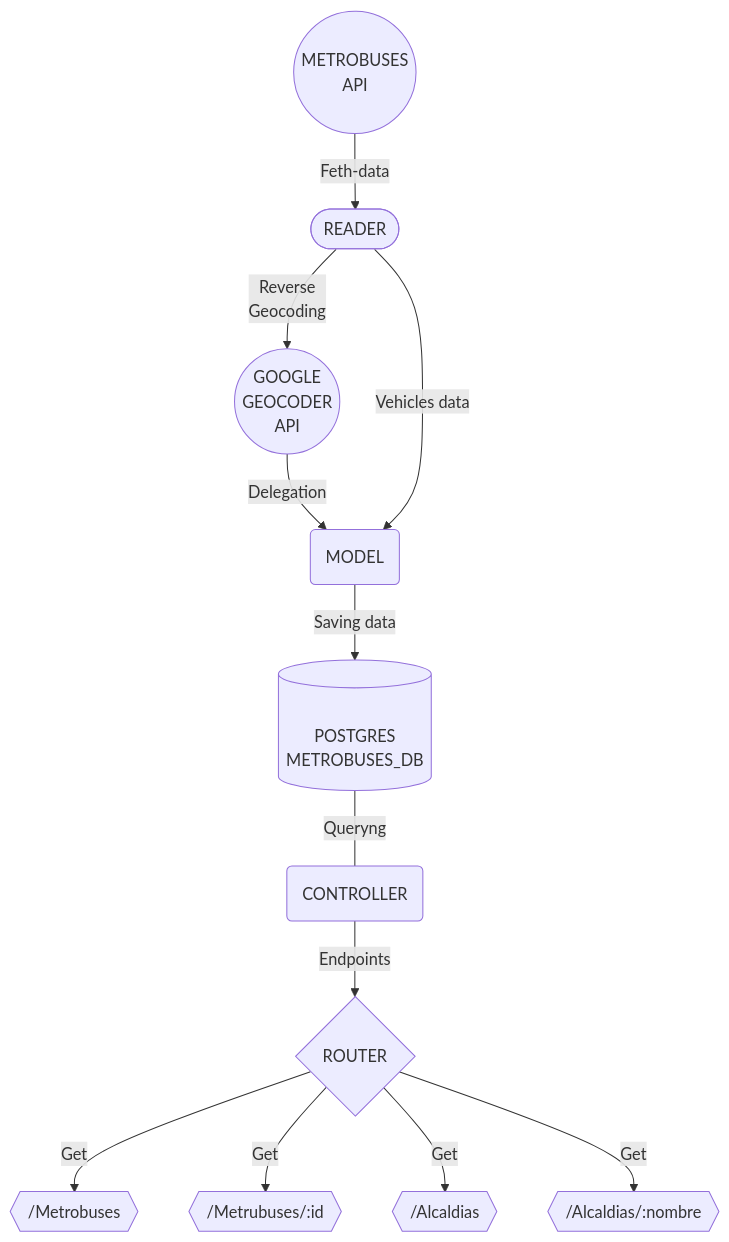
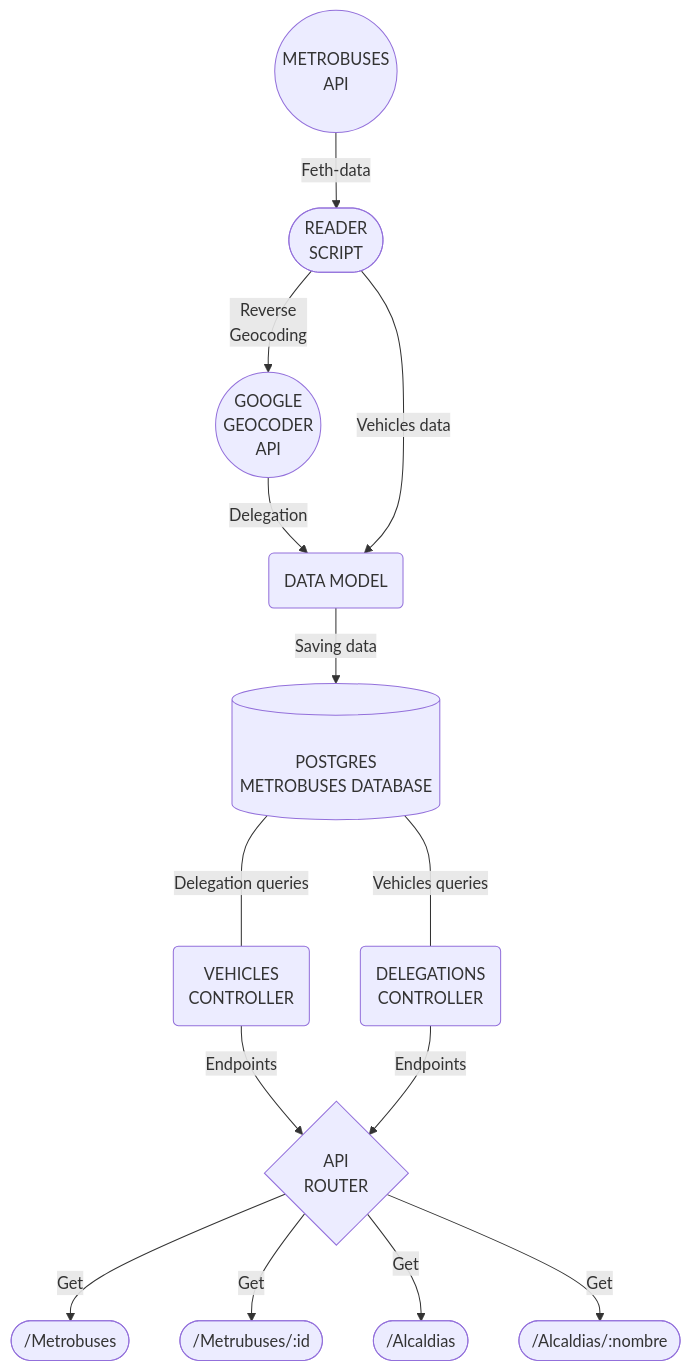
Before and after one commit to FabianGarciaXY/Data_pipeline: the diagram in README.md, drawn with Mermaid. The commit also changed other lines of this file, not shown here.

Commit message:
updated diagram

````diff
--- a/README.md
+++ b/README.md
@@ -59,24 +59,29 @@
 ```mermaid
 graph TD
 
     %% Metrobuses a Reader
-    A1(("METROBUSES <br> API"))--Feth-data-->B1(["READER"])
+    A1(("METROBUSES <br> API"))--Feth-data-->B1(["READER <br> SCRIPT"])
     %% Geocoder a Reader
     A2(("GOOGLE <br> GEOCODER <br> API"))--Delegation-->D1
     %% Reader a Geocoder
     B1--"Reverse <br> Geocoding"-->A2
     %% Reader a Model
-    B1--"Vehicles data"-->D1("MODEL")
+    B1--"Vehicles data"-->D1("DATA MODEL")
     
 
     %% Database
-    D1--"Saving data"-->F1[(" <br>POSTGRES <br>METROBUSES_DB <br>")]
-    F1---|Queryng|G1(CONTROLLER)
-    G1 --"Endpoints"--> I1{ROUTER}
+    D1--"Saving data"-->F1[(" <br>POSTGRES <br>METROBUSES DATABASE <br>")]
+    
+    %% Controllers
+    F1--"Vehicles queries"----G1(DELEGATIONS <br> CONTROLLER)
+    F1--"Delegation queries"----G2(VEHICLES <br> CONTROLLER)
+
+    G2 --"Endpoints"-->I1
+    G1 --"Endpoints"--> I1{API <br> ROUTER}
 
     %% Endpoints
-    I1 --> |Get|-E1{{/Metrobuses}}
-    I1 --> |Get|-E2{{/Metrubuses/:id}}
-    I1 --> |Get|-E3{{/Alcaldias}}
-    I1 --> |Get|-E4{{/Alcaldias/:nombre}}
+    I1 --> |Get|-E1([/Metrobuses])
+    I1 --> |Get|-E2([/Metrubuses/:id])
+    I1 --> |Get|-E3([/Alcaldias])
+    I1 --> |Get|-E4(["/Alcaldias/:nombre"])
 ```
````
